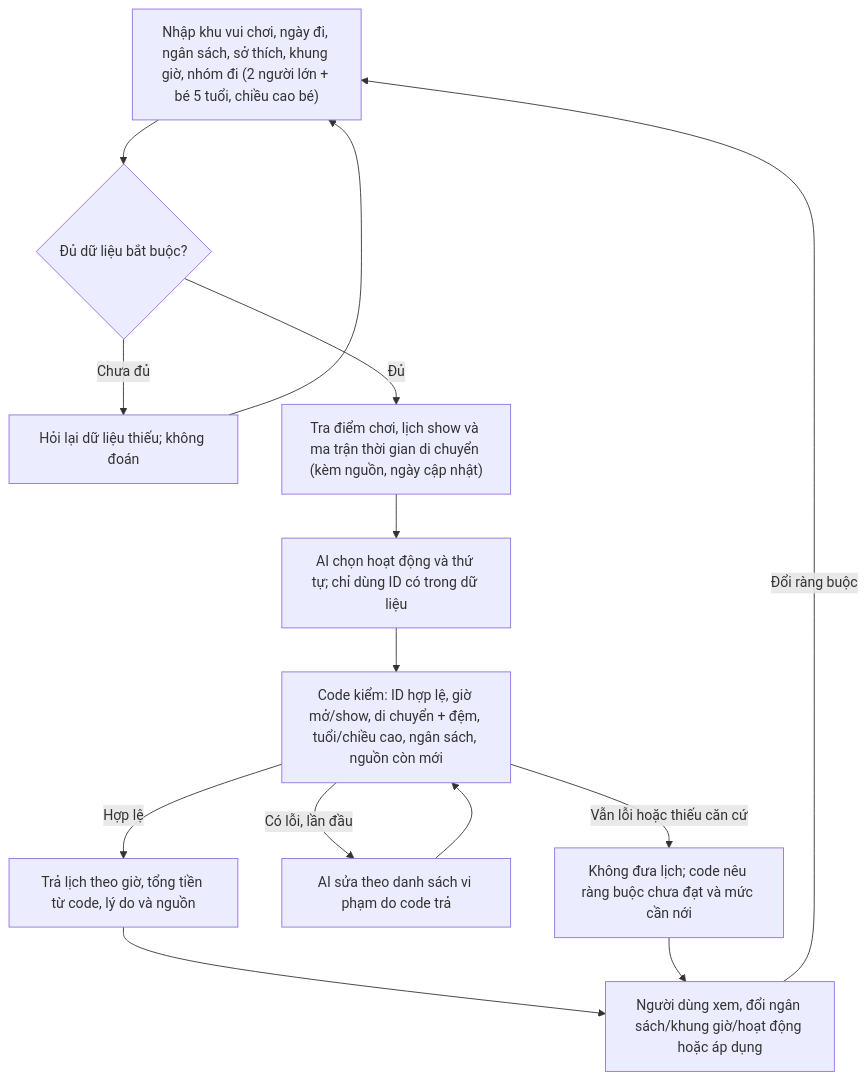
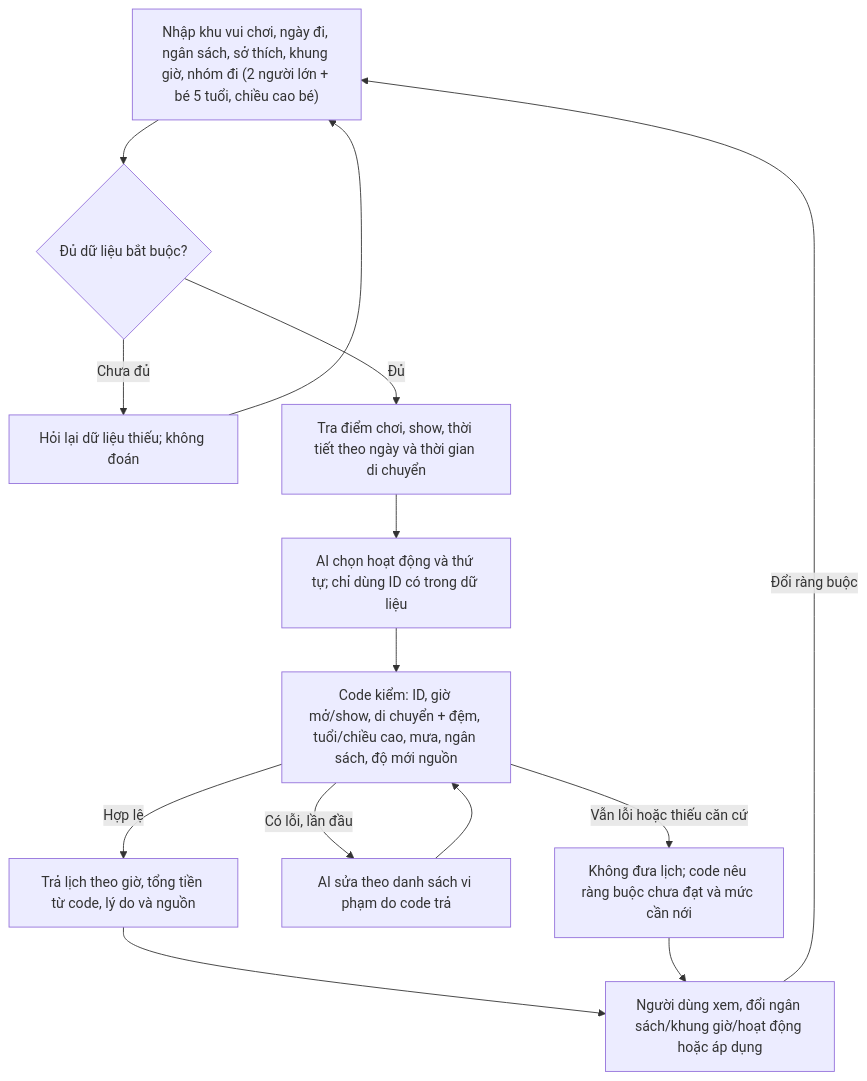
The diagram in spec.md (HieuVuong145/K5-Day15-L3B-MorphAI), drawn with Mermaid before and after one commit. The commit also changed other lines of this file, not shown here.

````diff
--- a/spec.md
+++ b/spec.md
@@ -57,16 +57,16 @@
   ```mermaid
   flowchart TD
       U["Nhập khu vui chơi, ngày đi, ngân sách, sở thích, khung giờ, nhóm đi (2 người lớn + bé 5 tuổi, chiều cao bé)"] --> V{"Đủ dữ liệu bắt buộc?"}
       V -->|Chưa đủ| Q["Hỏi lại dữ liệu thiếu; không đoán"]
       Q --> U
-      V -->|Đủ| T["Tra điểm chơi, lịch show và ma trận thời gian di chuyển (kèm nguồn, ngày cập nhật)"]
+      V -->|Đủ| T["Tra điểm chơi, show, thời tiết theo ngày và thời gian di chuyển"]
       T --> A["AI chọn hoạt động và thứ tự; chỉ dùng ID có trong dữ liệu"]
-      A --> C["Code kiểm: ID hợp lệ, giờ mở/show, di chuyển + đệm, tuổi/chiều cao, ngân sách, nguồn còn mới"]
+      A --> C["Code kiểm: ID, giờ mở/show, di chuyển + đệm, tuổi/chiều cao, mưa, ngân sách, độ mới nguồn"]
       C -->|Hợp lệ| O["Trả lịch theo giờ, tổng tiền từ code, lý do và nguồn"]
       C -->|Có lỗi, lần đầu| R["AI sửa theo danh sách vi phạm do code trả"]
       R --> C
       C -->|Vẫn lỗi hoặc thiếu căn cứ| N["Không đưa lịch; code nêu ràng buộc chưa đạt và mức cần nới"]
       O --> E["Người dùng xem, đổi ngân sách/khung giờ/hoạt động hoặc áp dụng"]
       N --> E
       E -->|Đổi ràng buộc| U
   ```
````
